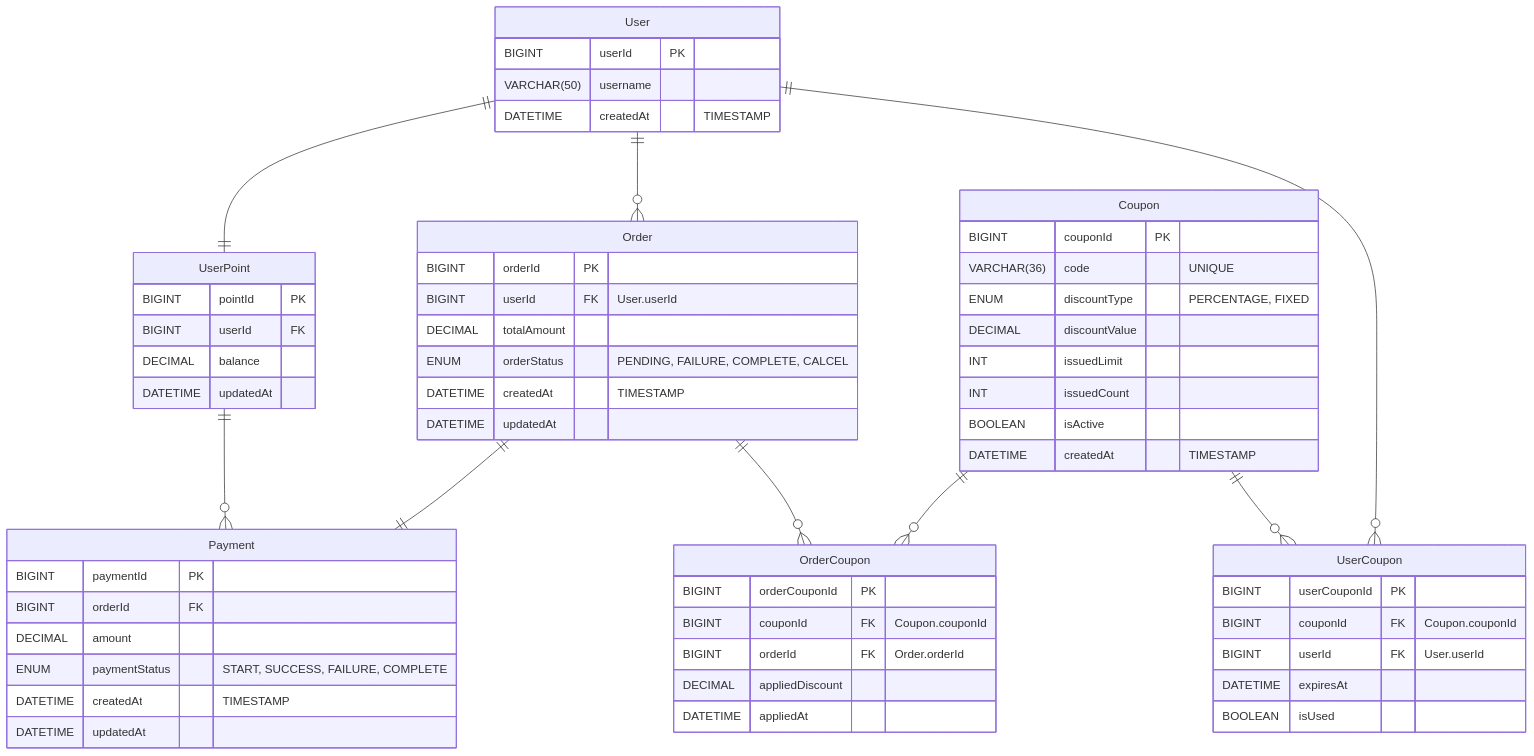
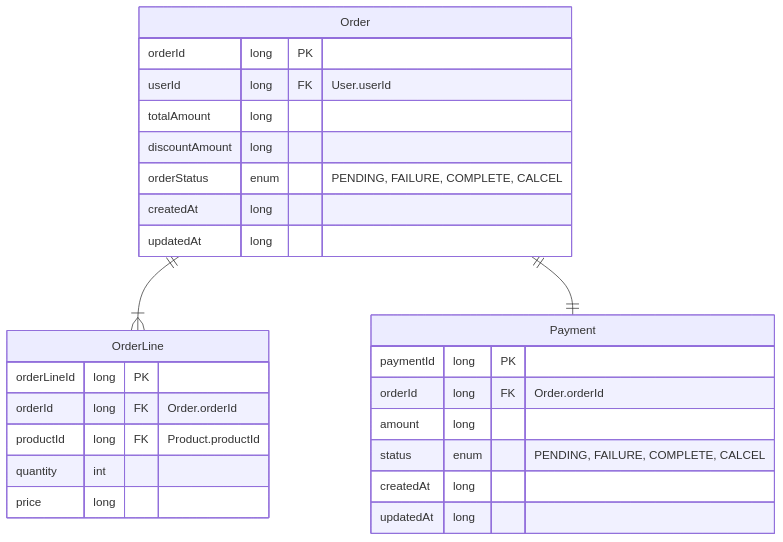
The fourth of 5 diagrams in docs/erd.md (chapakook/kotlin-ecommerce), drawn with Mermaid before and after one commit. The commit also changed other lines of this file, not shown here.

Commit message:
[DOC] erd 업데이트 도메인 설계 변경

````diff
--- a/docs/erd.md
+++ b/docs/erd.md
@@ -127,63 +194,29 @@
 ```mermaid
 erDiagram
-    User ||--|| UserPoint : ""
-    User ||--o{ Order : "" 
-    Coupon ||--o{ UserCoupon : ""
-    User ||--o{ UserCoupon : ""
-    UserPoint ||--o{ Payment : ""
-    Order ||--o{ OrderCoupon : ""
-    Coupon ||--o{ OrderCoupon : ""
-    Order ||--|| Payment : ""
-
-    User{
-        BIGINT userId PK
-        VARCHAR(50) username
-        DATETIME createdAt "TIMESTAMP"
+    Order{
+        orderId long PK
+        userId long FK "User.userId"
+        totalAmount long
+        discountAmount long
+        orderStatus enum "PENDING, FAILURE, COMPLETE, CALCEL"
+        createdAt long
+        updatedAt long
     }
-    UserPoint{
-        BIGINT pointId PK
-        BIGINT userId FK
-        DECIMAL balance
-        DATETIME updatedAt
-    }
-    Coupon{
-        BIGINT couponId PK
-        VARCHAR(36) code "UNIQUE"
-        ENUM discountType "PERCENTAGE, FIXED"
-        DECIMAL discountValue
-        INT issuedLimit
-        INT issuedCount
-        BOOLEAN isActive
-        DATETIME createdAt "TIMESTAMP"
-    }
-    UserCoupon{
-        BIGINT userCouponId PK
-        BIGINT couponId FK "Coupon.couponId"
-        BIGINT userId FK "User.userId"
-        DATETIME expiresAt
-        BOOLEAN isUsed
-    }
-    Order{
-        BIGINT orderId PK
-        BIGINT userId FK "User.userId"
-        DECIMAL totalAmount
-        ENUM orderStatus "PENDING, FAILURE, COMPLETE, CALCEL"
-        DATETIME createdAt "TIMESTAMP"
-        DATETIME updatedAt  
+    OrderLine{
+        orderLineId long PK
+        orderId long FK "Order.orderId"
+        productId long FK "Product.productId"
+        quantity int
+        price long
     }
     Payment{
-        BIGINT paymentId PK
-        BIGINT orderId FK
-        DECIMAL amount
-        ENUM paymentStatus "START, SUCCESS, FAILURE, COMPLETE"
-        DATETIME createdAt "TIMESTAMP"
-        DATETIME updatedAt  
+        paymentId long PK
+        orderId long FK "Order.orderId"
+        amount long
+        status enum "PENDING, FAILURE, COMPLETE, CALCEL"
+        createdAt long
+        updatedAt long
     }
-    OrderCoupon{
-        BIGINT orderCouponId PK
-        BIGINT couponId FK "Coupon.couponId"
-        BIGINT orderId FK "Order.orderId"
-        DECIMAL appliedDiscount
-        DATETIME appliedAt
-    }
+    Order ||--|{ OrderLine: ""
+    Order ||--|| Payment: ""
 ```
````
